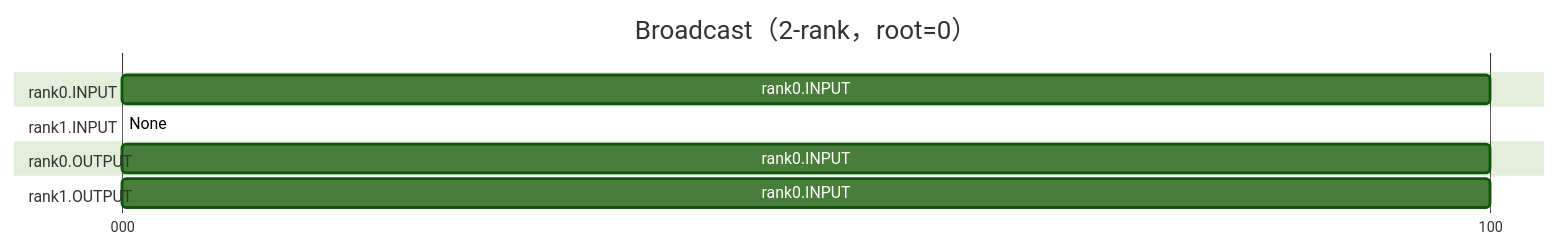
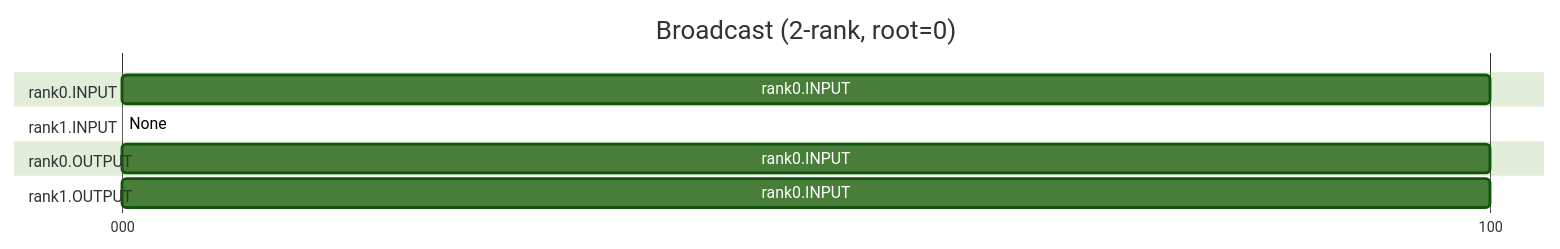
One commit to Atlas-Ascend-Fork/hcomm changed diagram 14 of 19 in test/hccl_vm/docs/checker_quick_intro_en.md. Above: the diagram before and after it, drawn with Mermaid (forest theme). The commit also changed other lines of this file and 73 other files, not shown here.

````diff
--- a/test/hccl_vm/docs/checker_quick_intro_en.md
+++ b/test/hccl_vm/docs/checker_quick_intro_en.md
@@ -522,19 +522,19 @@
 ```mermaid
 gantt
-    title Broadcast（2-rank，root=0）
+    title Broadcast (2-rank, root=0)
     dateFormat x
     axisFormat %L
     tickInterval 100millisecond
 
     section rank0.INPUT
     rank0.INPUT : 0, 100
 
     section rank1.INPUT
     None: 0,0
 
     section rank0.OUTPUT
     rank0.INPUT : 0, 100
 
     section rank1.OUTPUT
     rank0.INPUT : 0, 100
 ```
````
